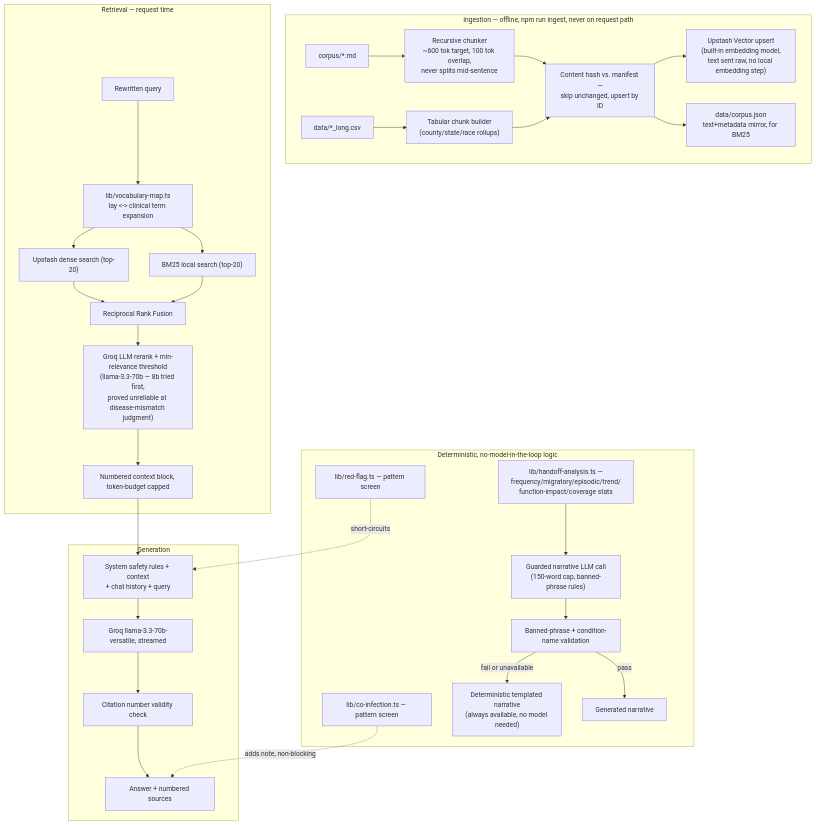
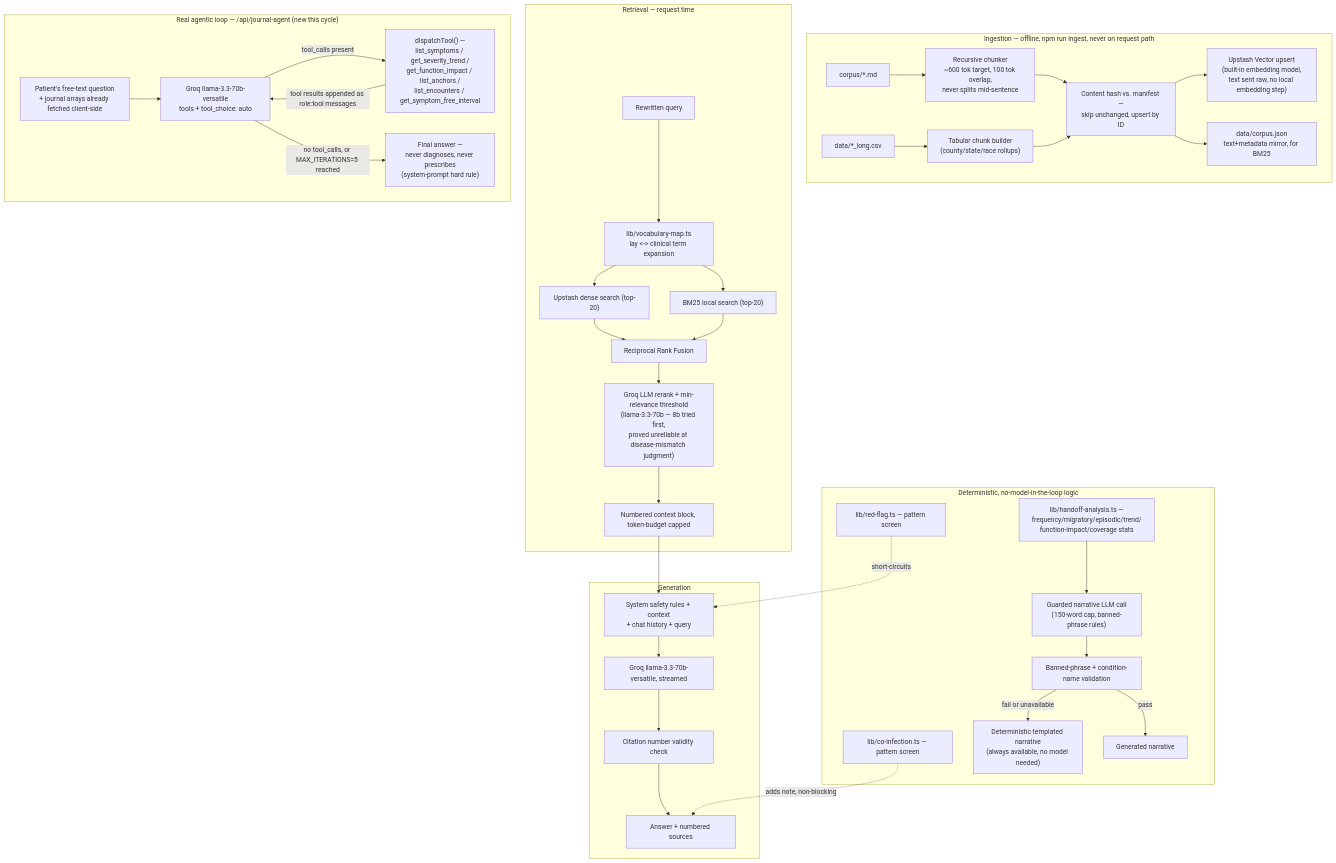
The fourth of 6 diagrams in design.md (Raj102002/AIHealthcare), drawn with Mermaid before and after one commit. The commit also changed other lines of this file and 36 other files, not shown here.

````diff
--- a/design.md
+++ b/design.md
@@ -159,37 +179,44 @@
 ```mermaid
 graph TB
     subgraph Ingestion["Ingestion — offline, npm run ingest, never on request path"]
         MD["corpus/*.md"] --> Chunker["Recursive chunker<br/>~600 tok target, 100 tok overlap,<br/>never splits mid-sentence"]
         CSV["data/*_long.csv"] --> TabChunker["Tabular chunk builder<br/>(county/state/race rollups)"]
         Chunker --> Hash["Content hash vs. manifest —<br/>skip unchanged, upsert by ID"]
         TabChunker --> Hash
         Hash --> UpstashUpsert["Upstash Vector upsert<br/>(built-in embedding model,<br/>text sent raw, no local embedding step)"]
         Hash --> CorpusOut["data/corpus.json<br/>text+metadata mirror, for BM25"]
     end
 
     subgraph Retrieval["Retrieval — request time"]
         Query["Rewritten query"] --> VocabExpand["lib/vocabulary-map.ts<br/>lay <-> clinical term expansion"]
         VocabExpand --> Dense["Upstash dense search (top-20)"]
         VocabExpand --> Sparse["BM25 local search (top-20)"]
         Dense --> RRF["Reciprocal Rank Fusion"]
         Sparse --> RRF
         RRF --> Rerank["Groq LLM rerank + min-relevance threshold<br/>(llama-3.3-70b — 8b tried first,<br/>proved unreliable at disease-mismatch judgment)"]
         Rerank --> Context["Numbered context block, token-budget capped"]
     end
 
     subgraph Generation
         Context --> Prompt["System safety rules + context<br/>+ chat history + query"]
         Prompt --> LLM["Groq llama-3.3-70b-versatile, streamed"]
         LLM --> CiteCheck["Citation number validity check"]
         CiteCheck --> Output["Answer + numbered sources"]
     end
 
     subgraph Deterministic["Deterministic, no-model-in-the-loop logic"]
         RedFlag["lib/red-flag.ts — pattern screen"] -.short-circuits.-> Prompt
         CoInfection["lib/co-infection.ts — pattern screen"] -.adds note, non-blocking.-> Output
         JournalStats["lib/handoff-analysis.ts —<br/>frequency/migratory/episodic/trend/<br/>function-impact/coverage stats"] --> HandoffLLM["Guarded narrative LLM call<br/>(150-word cap, banned-phrase rules)"]
         HandoffLLM --> HandoffValidate["Banned-phrase + condition-name validation"]
         HandoffValidate -->|fail or unavailable| Template["Deterministic templated narrative<br/>(always available, no model needed)"]
         HandoffValidate -->|pass| HandoffOut["Generated narrative"]
     end
+
+    subgraph Agent["Real agentic loop — /api/journal-agent (new this cycle)"]
+        Question["Patient's free-text question<br/>+ journal arrays already fetched client-side"] --> AgentLLM["Groq llama-3.3-70b-versatile<br/>tools + tool_choice: auto"]
+        AgentLLM -->|tool_calls present| Dispatch["dispatchTool() —<br/>list_symptoms / get_severity_trend /<br/>get_function_impact / list_anchors /<br/>list_encounters / get_symptom_free_interval"]
+        Dispatch -->|tool results appended as role:tool messages| AgentLLM
+        AgentLLM -->|no tool_calls, or MAX_ITERATIONS=5 reached| AgentOut["Final answer —<br/>never diagnoses, never prescribes<br/>(system-prompt hard rule)"]
+    end
 ```
````
